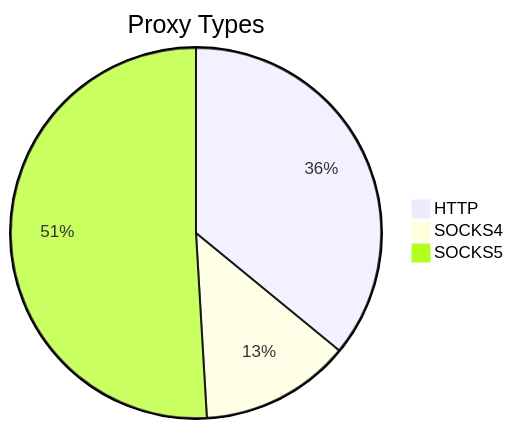
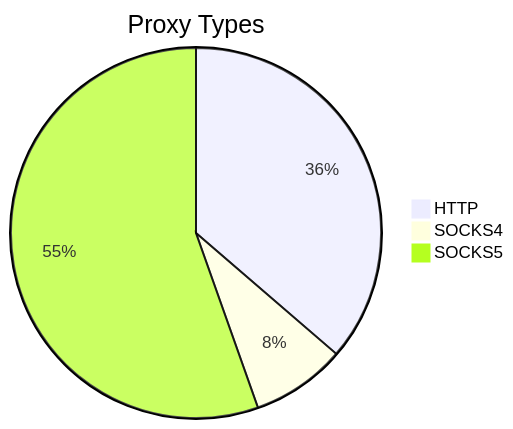
One commit to stormsia/proxy-list changed the first of 2 diagrams in README.md. Above: the diagram before and after it, drawn with Mermaid. The commit also changed other lines of this file, not shown here.

````diff
--- a/README.md
+++ b/README.md
@@ -21,6 +21,6 @@
 ```mermaid
 pie title Proxy Types
-    "HTTP" : 115
-    "SOCKS4" : 42
-    "SOCKS5" : 163
+    "HTTP" : 154
+    "SOCKS4" : 35
+    "SOCKS5" : 235
 ```
````
